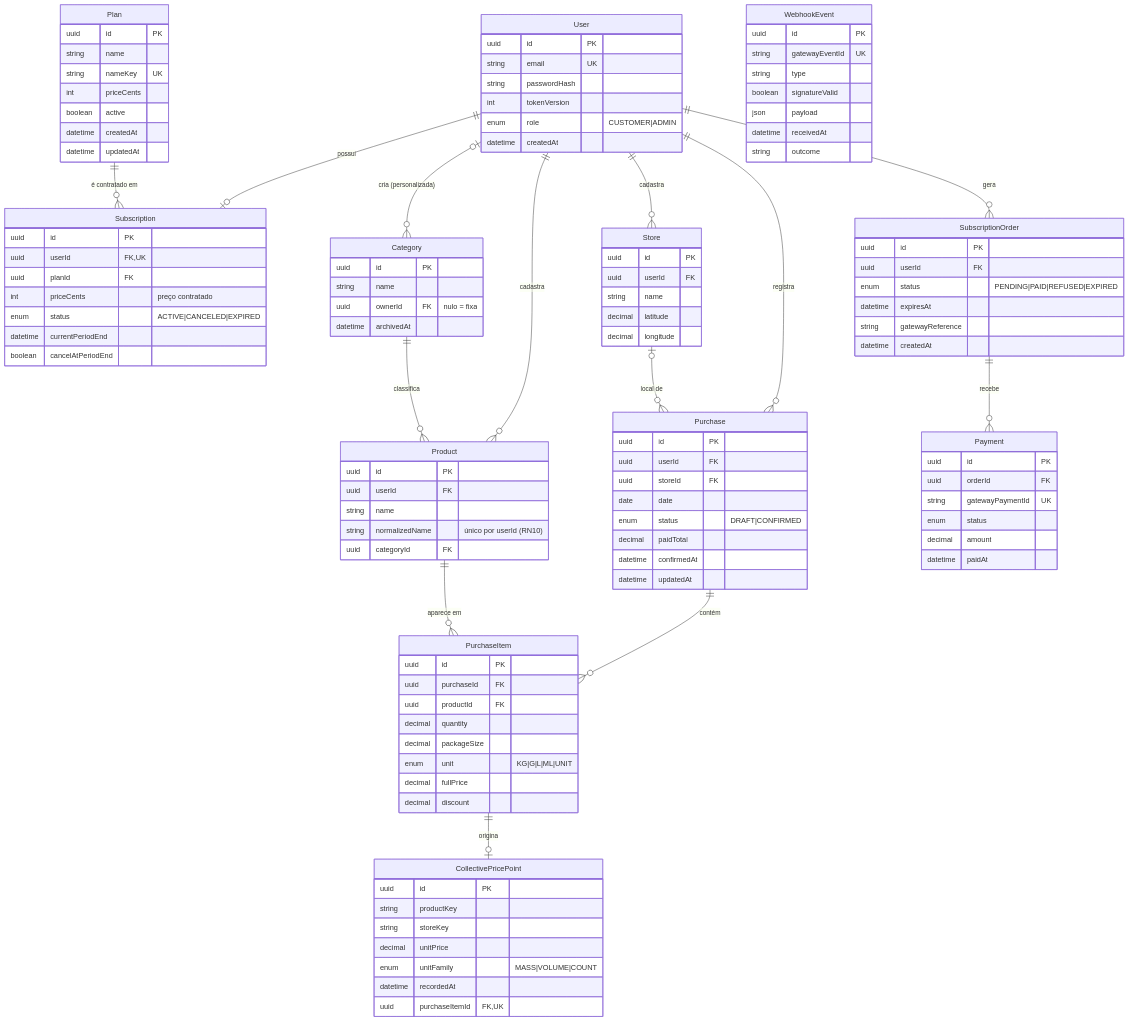
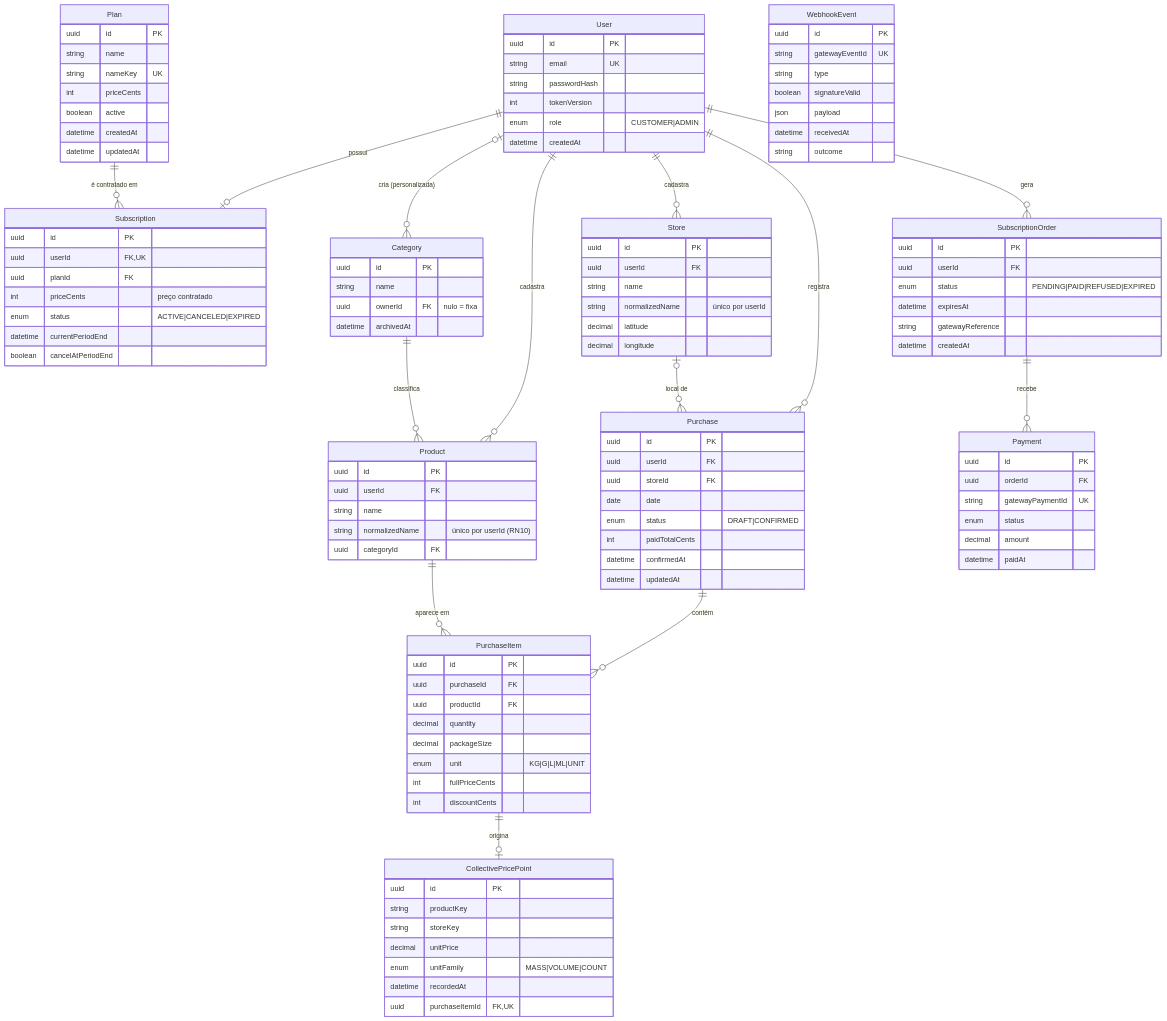
One commit to FelipeFadel/pyla changed the diagram in docs/architecture.md. Above: the diagram before and after it, drawn with Mermaid. The commit also changed other lines of this file and 2 other files, not shown here.

Commit message:
spec: registrar-compra (#3) — aprovada, centavos e Store.normalizedName no architecture

```diff
--- a/docs/architecture.md
+++ b/docs/architecture.md
@@ -421,6 +422,7 @@
         uuid id PK
         uuid userId FK
         string name
+        string normalizedName "único por userId"
         decimal latitude
         decimal longitude
     }
@@ -437,7 +439,7 @@
         uuid storeId FK
         date date
         enum status "DRAFT|CONFIRMED"
-        decimal paidTotal
+        int paidTotalCents
         datetime confirmedAt
         datetime updatedAt
     }
@@ -448,8 +450,8 @@
         decimal quantity
         decimal packageSize
         enum unit "KG|G|L|ML|UNIT"
-        decimal fullPrice
-        decimal discount
+        int fullPriceCents
+        int discountCents
     }
     CollectivePricePoint {
         uuid id PK
```
